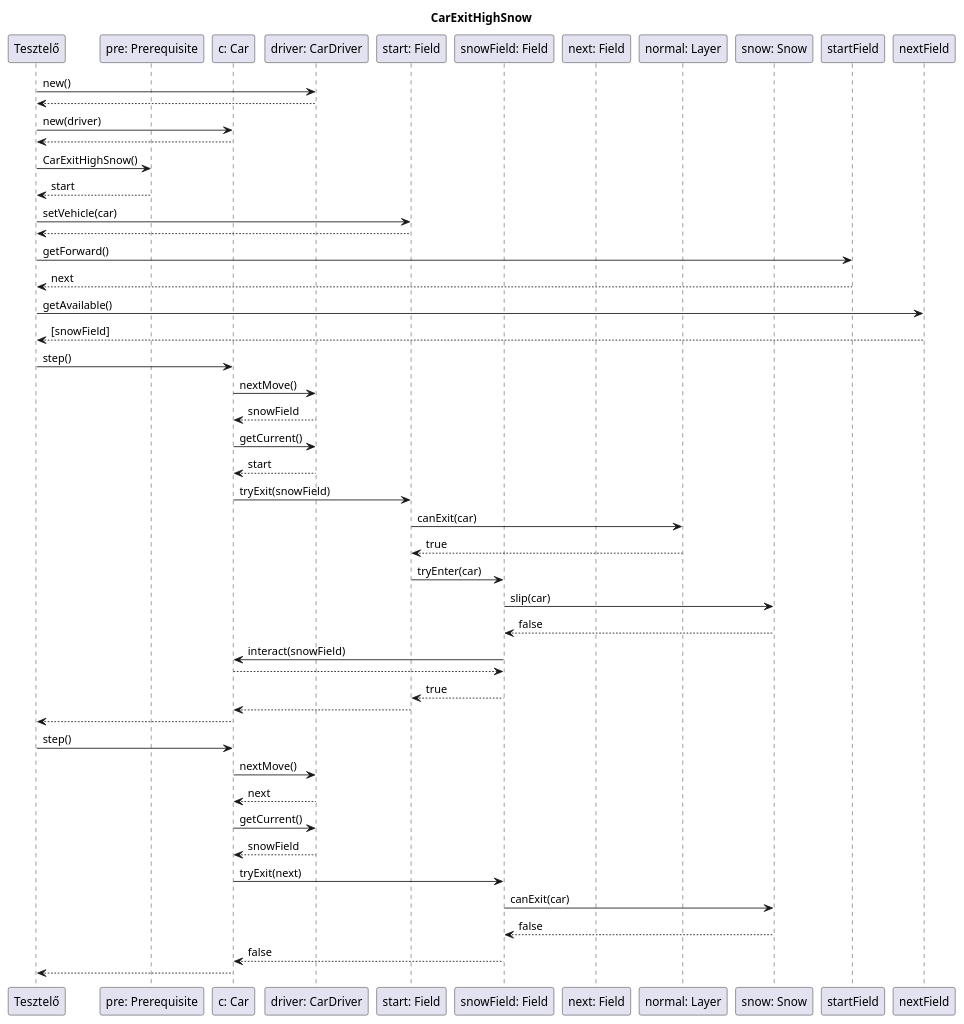
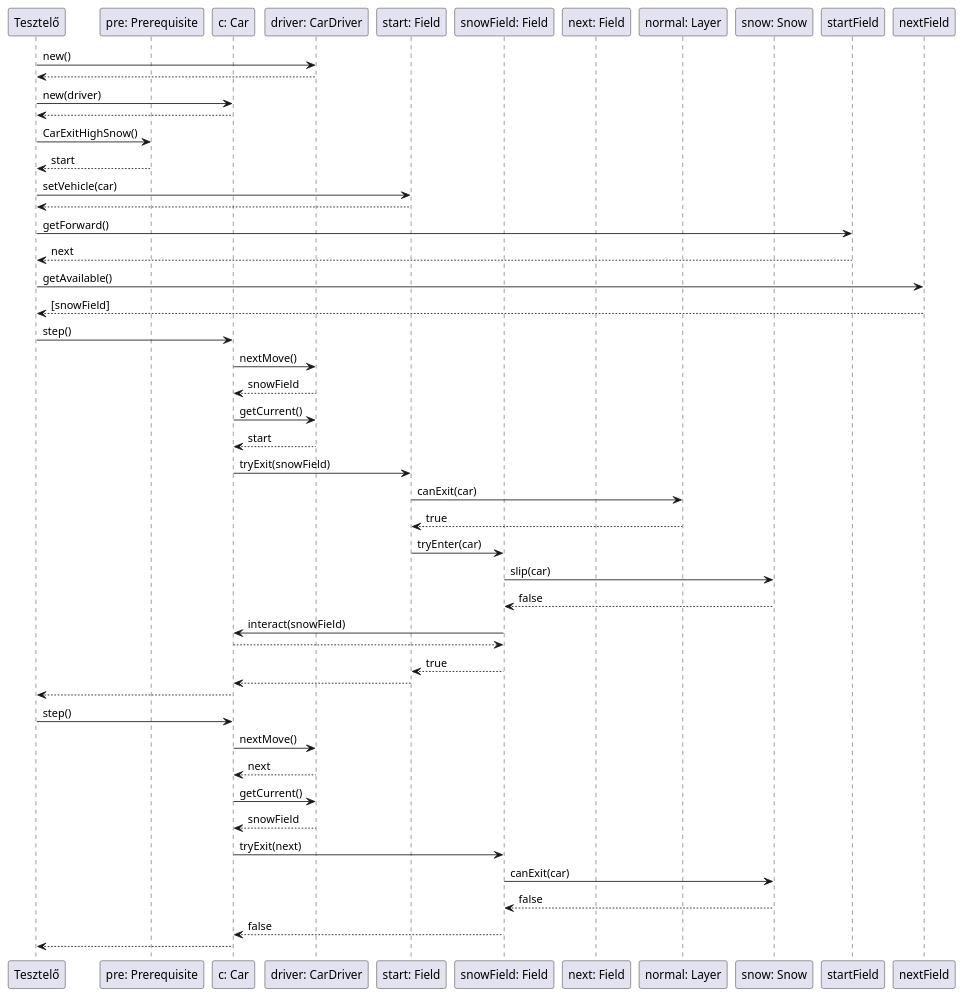
Before and after one commit to uhrinandor/spring: the diagram in docs/skeleton/car/CarExitHighSnow.plantuml, drawn with PlantUML. The commit also changed 10 other files, not shown here.

```diff
--- a/docs/skeleton/car/CarExitHighSnow.plantuml
+++ b/docs/skeleton/car/CarExitHighSnow.plantuml
@@ -1,95 +1,95 @@
 @startuml
 /'komm. diagram: 3 mezo egymas utan kozepson magas ho'/
 /'CarExitHighSnow'/
 /'auto ralep magas havas mezore es utana nem tud lelepni rola'/
-title CarExitHighSnow
+
 participant "Tesztelő" as tester
 participant "pre: Prerequisite" as pre
 participant "c: Car" as car
 participant "driver: CarDriver" as driver
 participant "start: Field" as start
 participant "snowField: Field" as snowField
 participant "next: Field" as next
 participant "normal: Layer" as startLayer
 participant "snow: Snow" as snowLayer
 
 /'auto es driver letrehozasa'/
 tester -> driver: new()
 driver --> tester:
 
 tester -> car: new(driver)
 car --> tester:
 
 /'pre megadja a kezdo fieldet'/
 tester->pre:CarExitHighSnow()
 pre-->tester:start
 
 /'elhelyezi az autot'/
 tester -> start: setVehicle(car)
 start --> tester:
 
 /'megkerdezi az elso mezot hogy mi a kovetkezo IRoad'/
 tester->startField: getForward()
 startField-->tester:next
 
 /'elkeri a Field-ek listajat a kovetkezo IRoad-tol'/
 tester->nextField:getAvailable()
 nextField-->tester: [snowField]
 
 /'az autonak ra kell lepnie a havas mezore'/
 tester -> car: step()
 
 /'beallitja kovetkezo lepesnek a havas mezot'/
 car -> driver: nextMove()
 driver --> car: snowField
 
 /'lekerdezi az aktualis mezot'/
 car -> driver: getCurrent()
 driver --> car: start
 
 /'megprobal lelepni'/
 car -> start: tryExit(snowField)
 
 /'lelephet'/
 start -> startLayer: canExit(car)
 startLayer --> start: true
 
 /'megprobal belepni'/
 start -> snowField: tryEnter(car)
 
 /'nem csuszik meg'/
 snowField -> snowLayer: slip(car)
 snowLayer --> snowField: false
 
 /'ellenorzi h a celallomasnal van-e'/
 snowField -> car: interact(snowField)
 car --> snowField:
 
 /'tryEnter visszateresi erteke: azt mondja sikerult belepni'/
 snowField --> start: true
 /'tryExit visszateresi erteke'/
 start --> car:
 /'step visszateresi erteke'/
 car --> tester:
 
 /'----------------------most a havas mezorol megprobal lepni megegyet------------------------------------'/
 tester -> car: step()
 
 car -> driver: nextMove()
 driver --> car: next
 
 car -> driver: getCurrent()
 driver --> car: snowField
 
 car -> snowField: tryExit(next)
 
 /' a horeteg nem engedi a kilepest'/
 snowField -> snowLayer: canExit(car)
 snowLayer --> snowField: false
  
 /'tryExit-re a valasz, nem sikerult kilepni'/
 snowField --> car: false
 
 /'step-re a valasz'/
 car --> tester:
 @enduml
```
